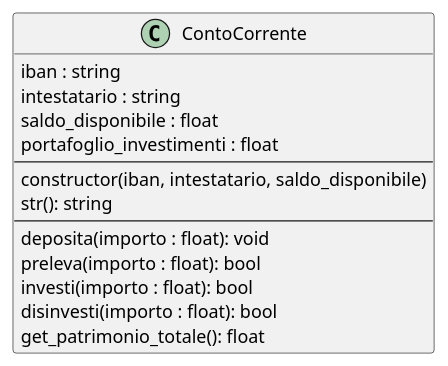
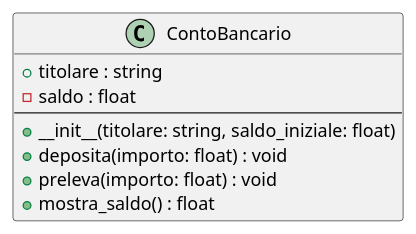
The diagram in esercizio_02.puml (angelogalantiscuola/2425_4M), drawn with PlantUML before and after one commit. The commit also changed other lines of this file and 7 other files, not shown here.

```diff
--- a/esercizio_02.puml
+++ b/esercizio_02.puml
@@ -1,17 +2,11 @@
-@startuml ContoCorrente
-class ContoCorrente {
-    iban : string
-    intestatario : string
-    saldo_disponibile : float
-    portafoglio_investimenti : float
-    --
-    constructor(iban, intestatario, saldo_disponibile)
-    str(): string
-    --
-    deposita(importo : float): void
-    preleva(importo : float): bool
-    investi(importo : float): bool
-    disinvesti(importo : float): bool
-    get_patrimonio_totale(): float
+@startuml ContoBancario
+class ContoBancario {
+  + titolare : string
+  - saldo : float
+  --
+  + __init__(titolare: string, saldo_iniziale: float)
+  + deposita(importo: float) : void
+  + preleva(importo: float) : void
+  + mostra_saldo() : float
 }
 @enduml
```
